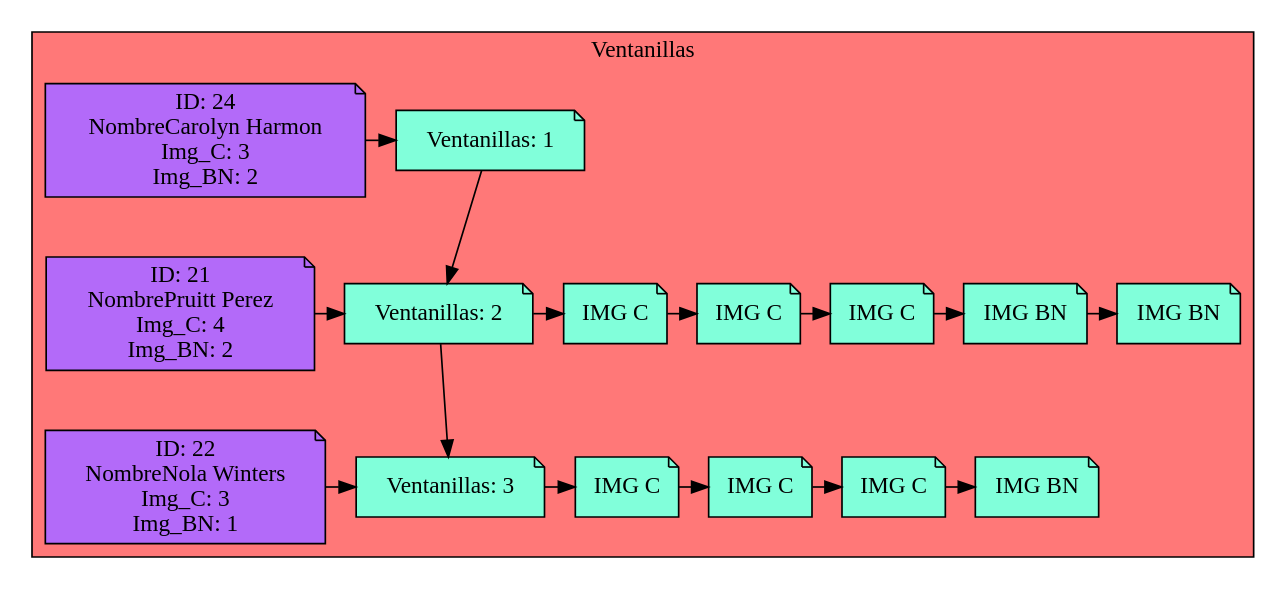
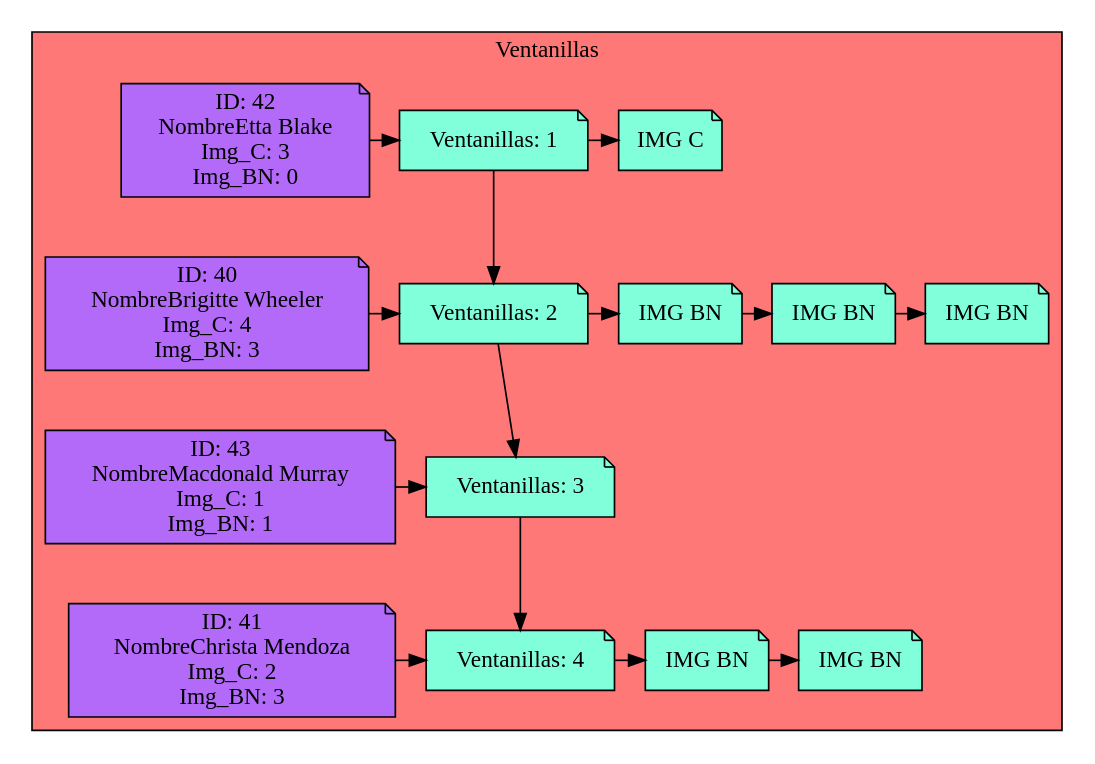
Before and after one commit to Serch-ING/EDD_UDRAWING_202000119: the diagram in Simple_Windows.dot, drawn with Graphviz. The commit also changed 15 other files, not shown here.

```diff
--- a/Simple_Windows.dot
+++ b/Simple_Windows.dot
@@ -1,53 +1,58 @@
 digraph L {
 node[shape=note fillcolor="#A181FF" style =filled]
 subgraph cluster_p{
     label= " Ventanillas "
     bgcolor = "#FF7878"
 Nodo776700275[label="Ventanillas: 1",fillcolor="#81FFDA",group=1]
 Nodo118394766[label="Ventanillas: 2",fillcolor="#81FFDA",group=2]
 Nodo1259014228[label="Ventanillas: 3",fillcolor="#81FFDA",group=3]
+Nodo431687661[label="Ventanillas: 4",fillcolor="#81FFDA",group=4]
 
 Nodo776700275 -> Nodo118394766
 
-Cliente1092572064[label="ID: 24
-NombreCarolyn Harmon
+Cliente587003819[label="ID: 42
+NombreEtta Blake
 Img_C: 3
-Img_BN: 2",fillcolor="#B36AF9",group=1]
-Cliente1092572064-> Nodo776700275
-{rank=same;Nodo776700275,Cliente1092572064}
+Img_BN: 0",fillcolor="#B36AF9",group=1]
+Cliente587003819-> Nodo776700275
+Nodo2106000623[label="IMG C",fillcolor="#81FFDA"]
+
+Nodo776700275 -> Nodo2106000623
+
+{rank=same;Nodo776700275,Cliente587003819,Nodo2106000623}
 Nodo118394766 -> Nodo1259014228
 
-Cliente1764696127[label="ID: 21
-NombrePruitt Perez
+Cliente1437654187[label="ID: 40
+NombreBrigitte Wheeler
 Img_C: 4
-Img_BN: 2",fillcolor="#B36AF9",group=2]
-Cliente1764696127-> Nodo118394766
-Nodo728885526[label="IMG C",fillcolor="#81FFDA"]
-Nodo1636506029[label="IMG C",fillcolor="#81FFDA"]
-Nodo898694235[label="IMG C",fillcolor="#81FFDA"]
-Nodo873610597[label="IMG BN",fillcolor="#81FFDA"]
-Nodo348984985[label="IMG BN",fillcolor="#81FFDA"]
-Nodo728885526 -> Nodo1636506029
-Nodo1636506029 -> Nodo898694235
-Nodo898694235 -> Nodo873610597
-Nodo873610597 -> Nodo348984985
+Img_BN: 3",fillcolor="#B36AF9",group=2]
+Cliente1437654187-> Nodo118394766
+Nodo330739404[label="IMG BN",fillcolor="#81FFDA"]
+Nodo769798433[label="IMG BN",fillcolor="#81FFDA"]
+Nodo182531396[label="IMG BN",fillcolor="#81FFDA"]
+Nodo330739404 -> Nodo769798433
+Nodo769798433 -> Nodo182531396
 
-Nodo118394766 -> Nodo728885526
+Nodo118394766 -> Nodo330739404
 
-{rank=same;Nodo118394766,Cliente1764696127,Nodo728885526,Nodo1636506029,Nodo898694235,Nodo873610597,Nodo348984985}
-Cliente2005435445[label="ID: 22
-NombreNola Winters
-Img_C: 3
+{rank=same;Nodo118394766,Cliente1437654187,Nodo330739404,Nodo769798433,Nodo182531396}
+Nodo1259014228 -> Nodo431687661
+
+Cliente361398902[label="ID: 43
+NombreMacdonald Murray
+Img_C: 1
 Img_BN: 1",fillcolor="#B36AF9",group=3]
-Cliente2005435445-> Nodo1259014228
-Nodo922511709[label="IMG C",fillcolor="#81FFDA"]
-Nodo758348212[label="IMG C",fillcolor="#81FFDA"]
-Nodo60292059[label="IMG C",fillcolor="#81FFDA"]
-Nodo1497845528[label="IMG BN",fillcolor="#81FFDA"]
-Nodo922511709 -> Nodo758348212
-Nodo758348212 -> Nodo60292059
-Nodo60292059 -> Nodo1497845528
+Cliente361398902-> Nodo1259014228
+{rank=same;Nodo1259014228,Cliente361398902}
+Cliente2109798150[label="ID: 41
+NombreChrista Mendoza
+Img_C: 2
+Img_BN: 3",fillcolor="#B36AF9",group=4]
+Cliente2109798150-> Nodo431687661
+Nodo1010670443[label="IMG BN",fillcolor="#81FFDA"]
+Nodo1665620686[label="IMG BN",fillcolor="#81FFDA"]
+Nodo1010670443 -> Nodo1665620686
 
-Nodo1259014228 -> Nodo922511709
+Nodo431687661 -> Nodo1010670443
 
-{rank=same;Nodo1259014228,Cliente2005435445,Nodo922511709,Nodo758348212,Nodo60292059,Nodo1497845528}}}
+{rank=same;Nodo431687661,Cliente2109798150,Nodo1010670443,Nodo1665620686}}}
```
